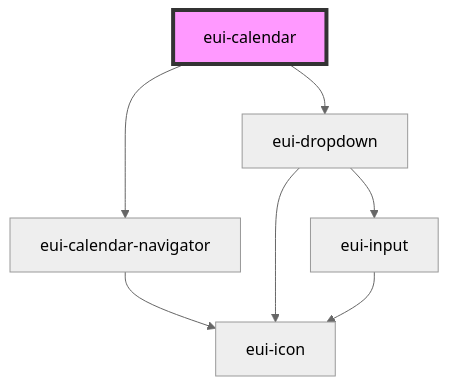
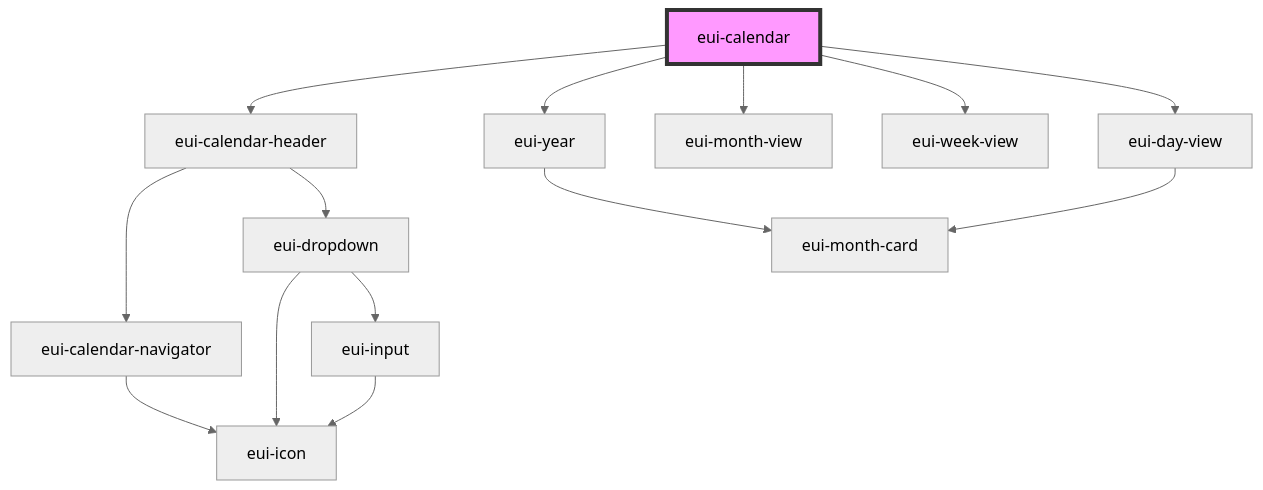
Before and after one commit to pnd-amirhosein/U_and_I: the diagram in ensemble-ui/src/components/calendars/readme.md, drawn with Mermaid (neutral theme). The commit also changed other lines of this file and 17 other files, not shown here.

````diff
--- a/ensemble-ui/src/components/calendars/readme.md
+++ b/ensemble-ui/src/components/calendars/readme.md
@@ -33,10 +31,17 @@
 ```mermaid
 graph TD;
-  eui-calendar --> eui-calendar-navigator
-  eui-calendar --> eui-dropdown
+  eui-calendar --> eui-calendar-header
+  eui-calendar --> eui-year
+  eui-calendar --> eui-month-view
+  eui-calendar --> eui-week-view
+  eui-calendar --> eui-day-view
+  eui-calendar-header --> eui-calendar-navigator
+  eui-calendar-header --> eui-dropdown
   eui-calendar-navigator --> eui-icon
   eui-dropdown --> eui-icon
   eui-dropdown --> eui-input
   eui-input --> eui-icon
+  eui-year --> eui-month-card
+  eui-day-view --> eui-month-card
   style eui-calendar fill:#f9f,stroke:#333,stroke-width:4px
 ```
````
